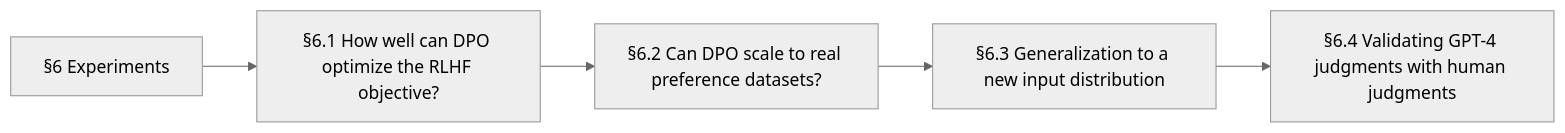
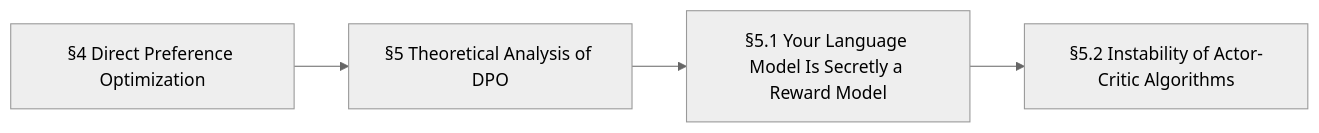
One commit to DarknessLED/dsh-loom changed the fifth of 16 diagrams in docs/research/work-r2-score-noise-2026-11-25.md. Above: the diagram before and after it, drawn with Mermaid (neutral theme). The commit also changed other lines of this file and 39 other files, not shown here.

````diff
--- a/docs/research/work-r2-score-noise-2026-11-25.md
+++ b/docs/research/work-r2-score-noise-2026-11-25.md
@@ -470,12 +446,10 @@
 ```mermaid
 flowchart LR
-  N0["§6 Experiments"]
-  N1["§6.1 How well can DPO optimize the RLHF objective?"]
-  N2["§6.2 Can DPO scale to real preference datasets?"]
-  N3["§6.3 Generalization to a new input distribution"]
-  N4["§6.4 Validating GPT-4 judgments with human judgments"]
+  N0["§4 Direct Preference Optimization"]
+  N1["§5 Theoretical Analysis of DPO"]
+  N2["§5.1 Your Language Model Is Secretly a Reward Model"]
+  N3["§5.2 Instability of Actor-Critic Algorithms"]
   N0 --> N1
   N1 --> N2
   N2 --> N3
-  N3 --> N4
 ```
````
